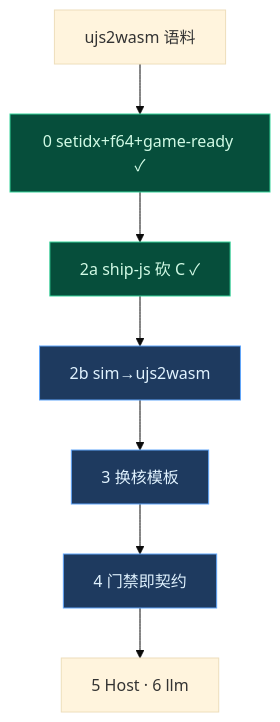
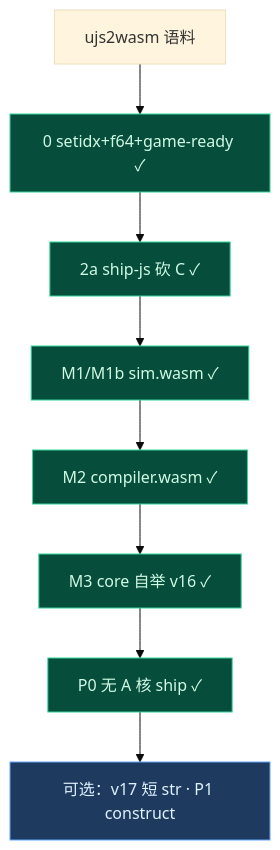
The fifth of 6 diagrams in ujs/prd.md (partnernetsoftware/unisacc), drawn with Mermaid (base theme) before and after one commit. The commit also changed other lines of this file and 20 other files, not shown here.

First line of the commit message:
Align Paper B and UJS docs on two spines and honest ship subsets.

````diff
--- a/ujs/prd.md
+++ b/ujs/prd.md
@@ -508,14 +515,15 @@
 ```mermaid
 flowchart TD
     U2W["ujs2wasm 语料"] --> E0["0 setidx+f64+game-ready ✓"]
     E0 --> SJS["2a ship-js 砍 C ✓"]
-    SJS --> B2["2b sim→ujs2wasm"]
-    B2 --> TPL["3 换核模板"]
-    TPL --> GATE["4 门禁即契约"]
-    GATE --> HOST["5 Host · 6 llm"]
+    SJS --> M1["M1/M1b sim.wasm ✓"]
+    M1 --> M2["M2 compiler.wasm ✓"]
+    M2 --> M3["M3 core 自举 v16 ✓"]
+    M3 --> P0["P0 无 A 核 ship ✓"]
+    P0 --> NEXT["可选：v17 短 str · P1 construct"]
 
     classDef now fill:#064e3b,stroke:#34d399,color:#d1fae5
     classDef next fill:#1e3a5f,stroke:#60a5fa,color:#e0f2fe
-    class E0,SJS now
-    class B2,TPL,GATE next
+    class E0,SJS,M1,M2,M3,P0 now
+    class NEXT next
 ```
````
